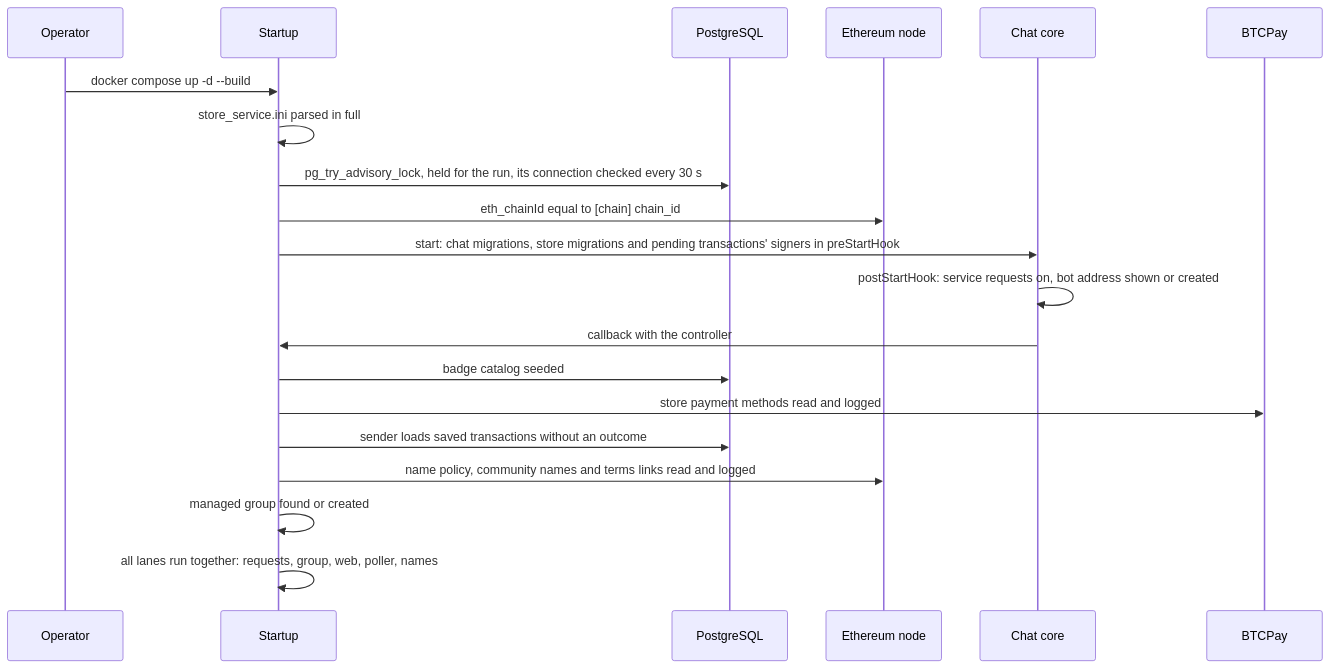
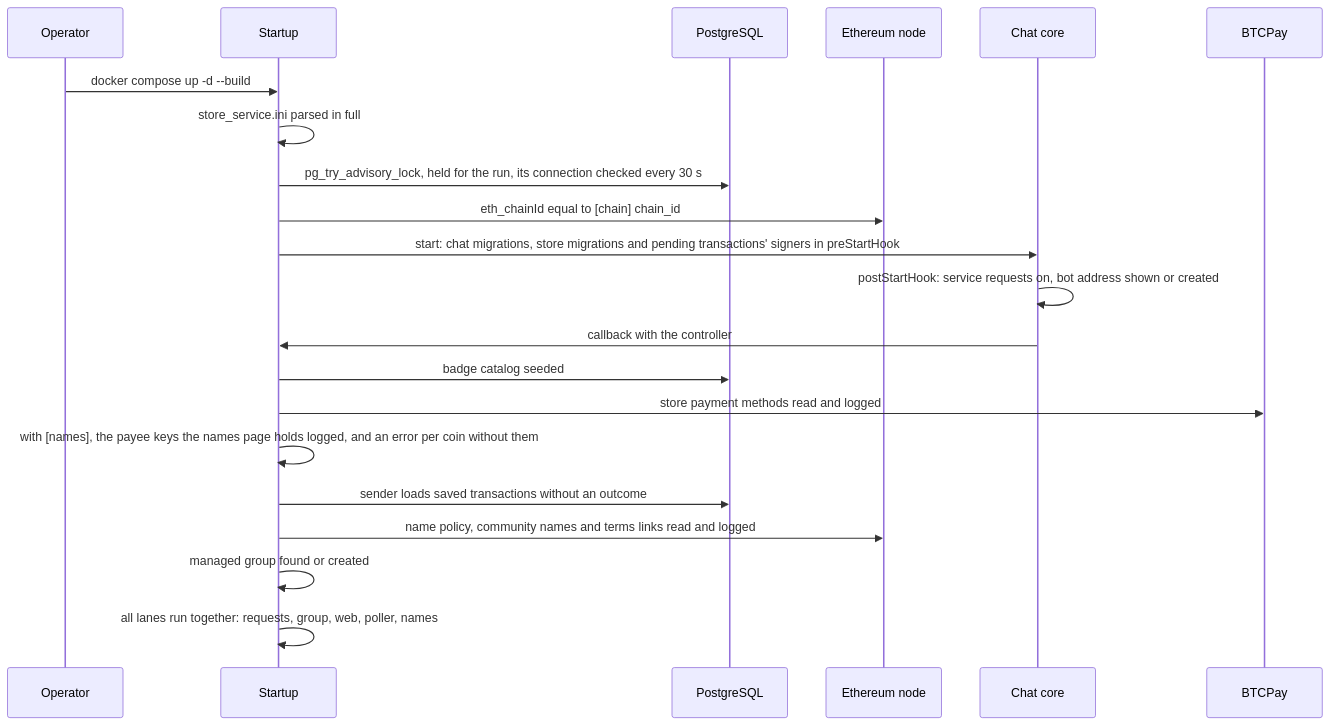
Before and after one commit to simplex-chat/simplex-chat: diagram 13 of 16 in apps/simplex-store-service/docs/names.md, drawn with Mermaid. The commit also changed other lines of this file and 1 other file, not shown here.

Commit message:
docs: a badge invoice's window, and the payee key lines at start

````diff
--- a/apps/simplex-store-service/docs/names.md
+++ b/apps/simplex-store-service/docs/names.md
@@ -604,22 +604,23 @@
 ```mermaid
 sequenceDiagram
   participant O as Operator
   participant U as Startup
   participant D as PostgreSQL
   participant E as Ethereum node
   participant C as Chat core
   participant V as BTCPay
   O->>U: docker compose up -d --build
   U->>U: store_service.ini parsed in full
   U->>D: pg_try_advisory_lock, held for the run, its connection checked every 30 s
   U->>E: eth_chainId equal to [chain] chain_id
   U->>C: start: chat migrations, store migrations and pending transactions' signers in preStartHook
   C->>C: postStartHook: service requests on, bot address shown or created
   C->>U: callback with the controller
   U->>D: badge catalog seeded
   U->>V: store payment methods read and logged
+  U->>U: with [names], the payee keys the names page holds logged, and an error per coin without them
   U->>D: sender loads saved transactions without an outcome
   U->>E: name policy, community names and terms links read and logged
   U->>U: managed group found or created
   U->>U: all lanes run together: requests, group, web, poller, names
 ```
````
